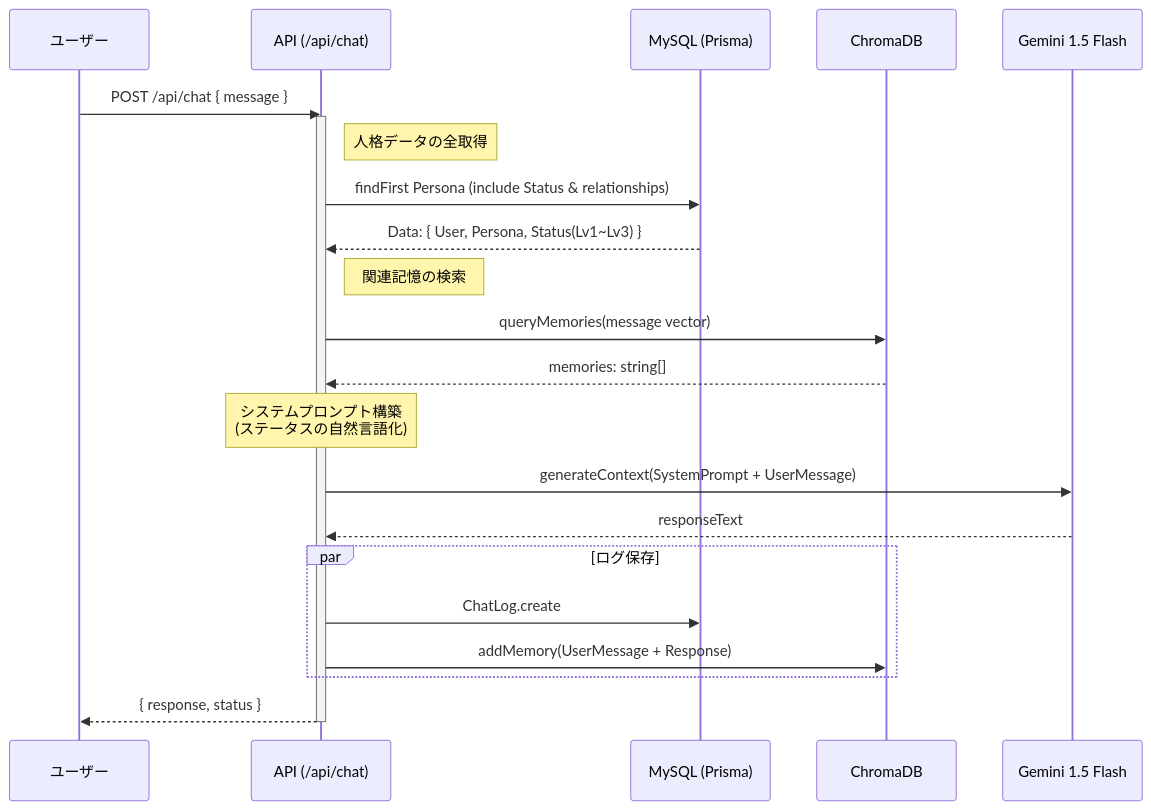
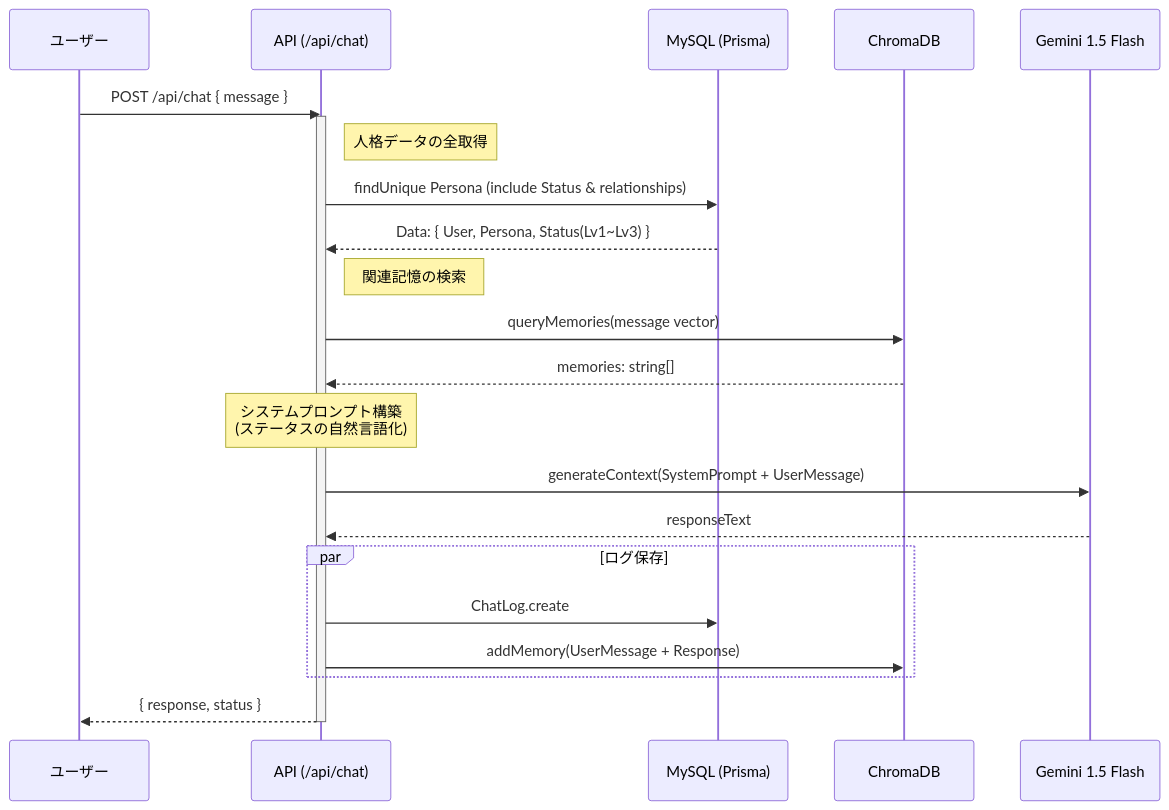
The first of 2 diagrams in docs/sequence.md (mshirai0327/self-reflection-chatbot), drawn with Mermaid before and after one commit. The commit also changed other lines of this file and 2 other files, not shown here.

````diff
--- a/docs/sequence.md
+++ b/docs/sequence.md
@@ -11,37 +11,37 @@
 ```mermaid
 sequenceDiagram
     participant U as ユーザー
     participant API as API (/api/chat)
     participant DB as MySQL (Prisma)
     participant Vec as ChromaDB
     participant LLM as Gemini 1.5 Flash
 
     U->>API: POST /api/chat { message }
     
     activate API
     %% 1. ステータス取得
     Note right of API: 人格データの全取得
-    API->>DB: findFirst Persona (include Status & relationships)
+    API->>DB: findUnique Persona (include Status & relationships)
     DB-->>API: Data: { User, Persona, Status(Lv1~Lv3) }
 
     %% 2. 記憶検索
     Note right of API: 関連記憶の検索
     API->>Vec: queryMemories(message vector)
     Vec-->>API: memories: string[]
 
     %% 3. プロンプト構築
     Note over API: システムプロンプト構築<br/>(ステータスの自然言語化)
     
     %% 4. LLM生成
     API->>LLM: generateContext(SystemPrompt + UserMessage)
     LLM-->>API: responseText
 
     %% 5. ログ保存 (非同期推奨)
     par ログ保存
         API->>DB: ChatLog.create
         API->>Vec: addMemory(UserMessage + Response)
     end
 
     API-->>U: { response, status }
     deactivate API
 ```
````
